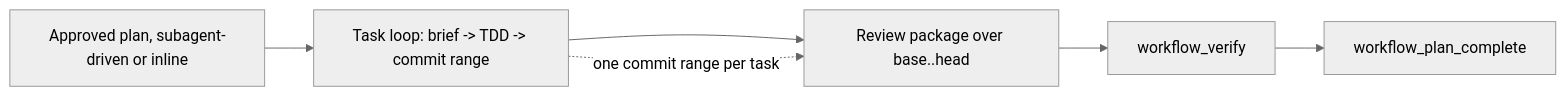
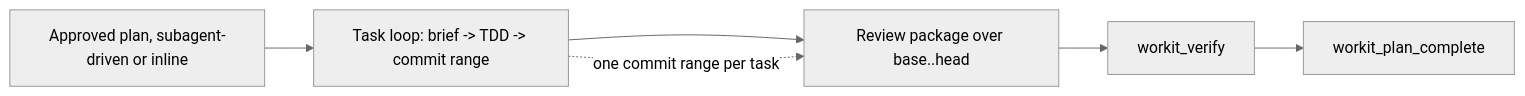
Before and after one commit to BrainerVirus/workit: the diagram in docs/execution-contract-repair/spec.md, drawn with Mermaid (neutral theme). The commit also changed other lines of this file and 169 other files, not shown here.

First line of the commit message:
refactor(tools): rename every orchestration tool from workflow_* to workit_* (#59)

````diff
--- a/docs/execution-contract-repair/spec.md
+++ b/docs/execution-contract-repair/spec.md
@@ -33,10 +33,10 @@
 ```mermaid
 flowchart LR
   plan["Approved plan, subagent-driven or inline"]
   task["Task loop: brief -> TDD -> commit range"]
   review["Review package over base..head"]
-  verify["workflow_verify"]
-  complete["workflow_plan_complete"]
+  verify["workit_verify"]
+  complete["workit_plan_complete"]
   plan --> task --> review --> verify --> complete
   task -. "one commit range per task" .-> review
 ```
````
